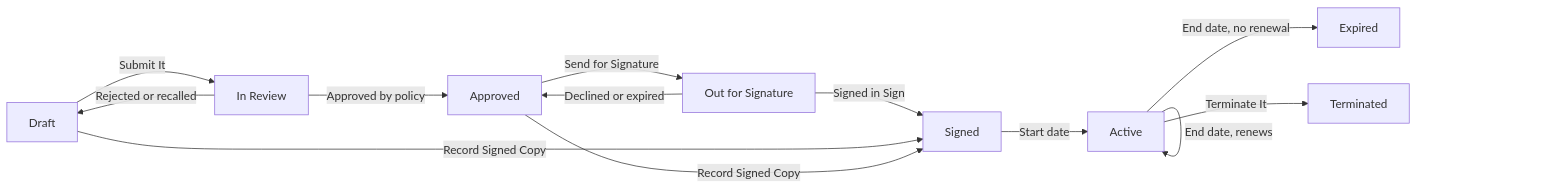
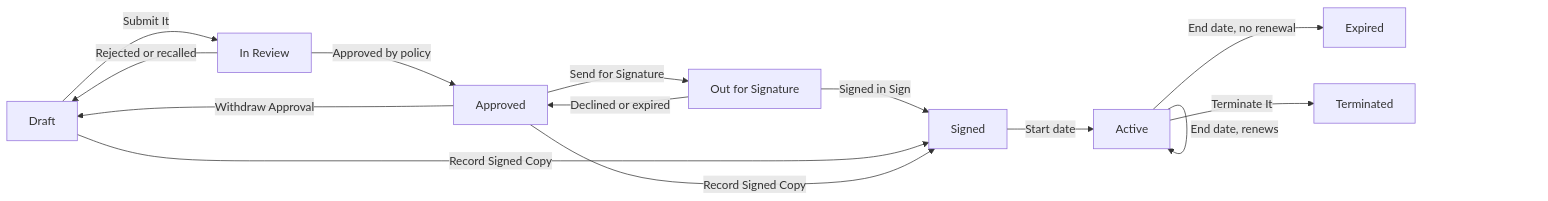
The first of 2 diagrams in README.md (CBFerrum/ferrum-app-contracts), drawn with Mermaid before and after one commit. The commit also changed other lines of this file and 3 other files, not shown here.

````diff
--- a/README.md
+++ b/README.md
@@ -253,15 +259,16 @@
 ```mermaid
 flowchart LR
     A["Draft"] -->|"Submit It"| B["In Review"]
     B -->|"Approved by policy"| C["Approved"]
     B -->|"Rejected or recalled"| A
+    C -->|"Withdraw Approval"| A
     C -->|"Send for Signature"| D["Out for Signature"]
     D -->|"Declined or expired"| C
     D -->|"Signed in Sign"| E["Signed"]
     A -->|"Record Signed Copy"| E
     C -->|"Record Signed Copy"| E
     E -->|"Start date"| F["Active"]
     F -->|"End date, renews"| F
     F -->|"End date, no renewal"| G["Expired"]
     F -->|"Terminate It"| H["Terminated"]
 ```
````
